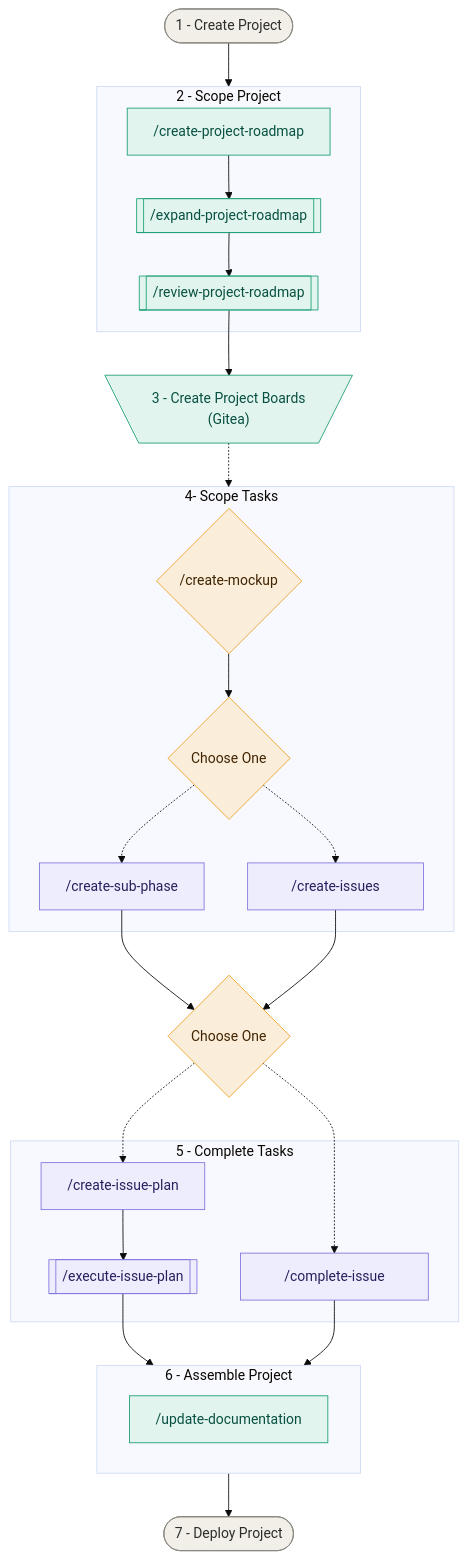
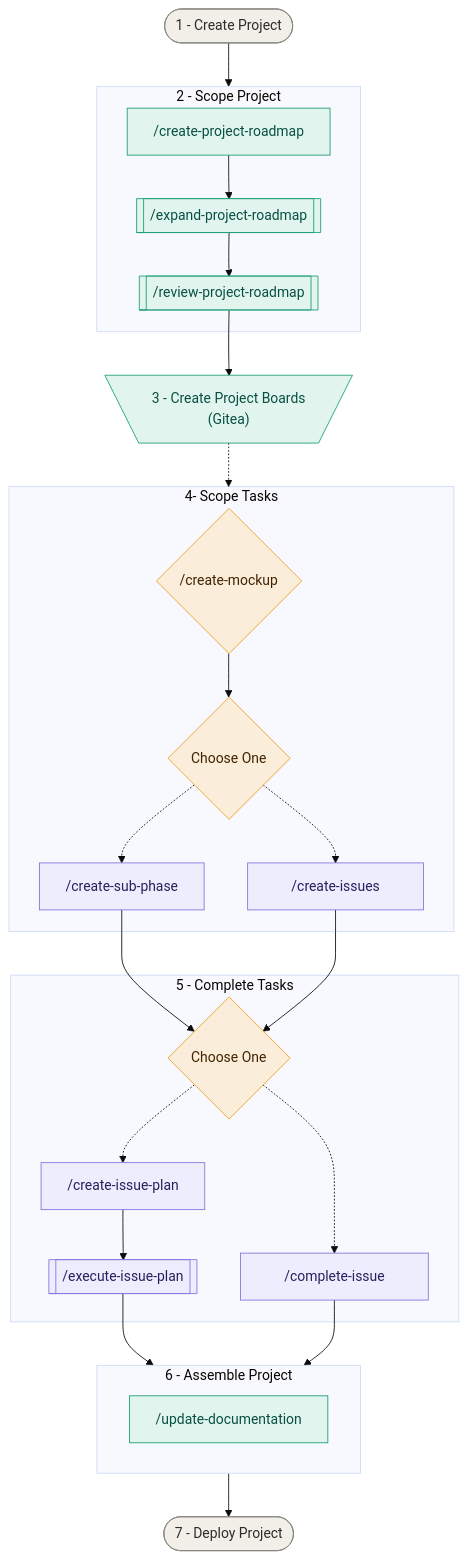
The diagram in docs/workflows/project-development.md (kheise-91/job-tracker), drawn with Mermaid (base theme) before and after one commit.

Commit message:
Moving other choice node into subgraph for consistency.

````diff
--- a/docs/workflows/project-development.md
+++ b/docs/workflows/project-development.md
@@ -62,58 +62,59 @@
 ```mermaid
 flowchart TD
     Start([1 - Create Project])
     End([7 - Deploy Project])
 
     subgraph SCOPE_PROJECT["2 - Scope Project"]
         S1["/create-project-roadmap"]
         S2@{ shape: subproc, label: "/expand-project-roadmap" }
         S3@{ shape: subproc, label: "/review-project-roadmap" }
     end
 
     G1@{ shape: trap-t, label: "3 - Create Project Boards <br> (Gitea)"}
 
     subgraph SCOPE_TASKS["4-  Scope Tasks"]
         C1{"/create-mockup"}
         C2{"Choose One"}
         TC1@{ shape: proc, label: "/create-sub-phase" }
         TC2@{ shape: proc, label: " &emsp; /create-issues &emsp; " }
     end
 
     subgraph DEVELOPMENT["5 - Complete Tasks"]
+        C3{"Choose One"}
         D1@{ shape: proc, label: "/create-issue-plan" }
         D2@{ shape: subproc, label: "/execute-issue-plan" }
         D3@{ shape: proc, label: " &emsp; /complete-issue &emsp; " }
     end
 
     subgraph DOCUMENTATION["6 - Assemble Project"]
         DOC["/update-documentation"]
     end
 
     Start --> SCOPE_PROJECT
     S1 --> S2
     S2 --> S3
     S3 --> G1
     G1 -.-> SCOPE_TASKS
     C1 --> C2
     C2 -.-> TC1
     C2 -.-> TC2
-    TC1 --> C3{"Choose One"}
+    TC1 --> C3
     TC2 --> C3
     C3 -.-> D1
     C3 -.-> D3
     D1 --> D2
     D2 --> DOCUMENTATION
     D3 --> DOCUMENTATION
 
     DOCUMENTATION --> End
 
     classDef sequential fill:#E1F5EE,stroke:#1D9E75,color:#085041
     classDef choice fill:#EEEDFE,stroke:#7F77DD,color:#26215C
     classDef decision fill:#FAEEDA,stroke:#EF9F27,color:#412402
     classDef terminal fill:#F1EFE8,stroke:#888780,color:#2C2C2A
 
     class S1,S2,S3,G1,DOC sequential
     class TC1,TC2,D1,D2,D3 choice
     class C1,C2,C3 decision
     class Start,End terminal
 ```
````
